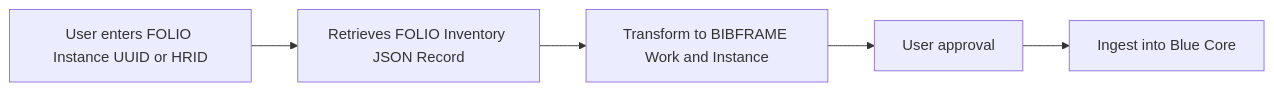
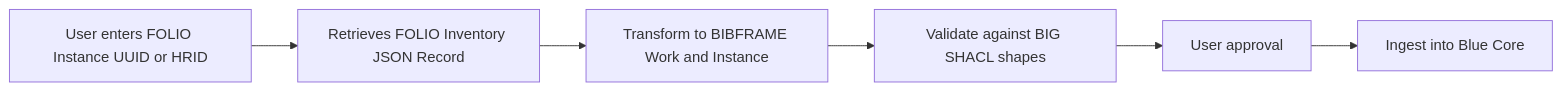
The diagram in README.md (jermnelson/tech-services-ai-workflow), drawn with Mermaid before and after one commit. The commit also changed other lines of this file and 2 other files, not shown here.

````diff
--- a/README.md
+++ b/README.md
@@ -25,7 +47,8 @@
 ```mermaid
 flowchart LR
    PROMPT[User enters FOLIO Instance UUID or HRID] --> FOLIO[Retrieves FOLIO Inventory JSON Record]
    FOLIO --> BFTRANSFORM[Transform to BIBFRAME Work and Instance]
-   BFTRANSFORM --> USER[User approval]
+   BFTRANSFORM --> VALIDATE[Validate against BIG SHACL shapes]
+   VALIDATE --> USER[User approval]
    USER --> BC_MCP[Ingest into Blue Core]
 ```
````
